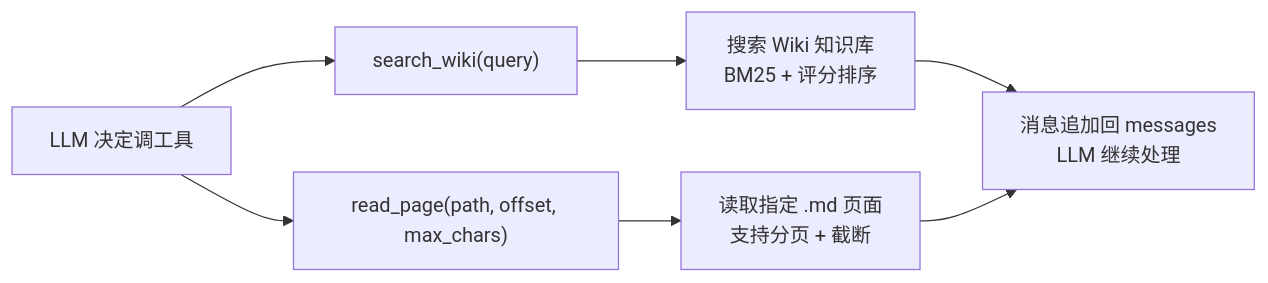
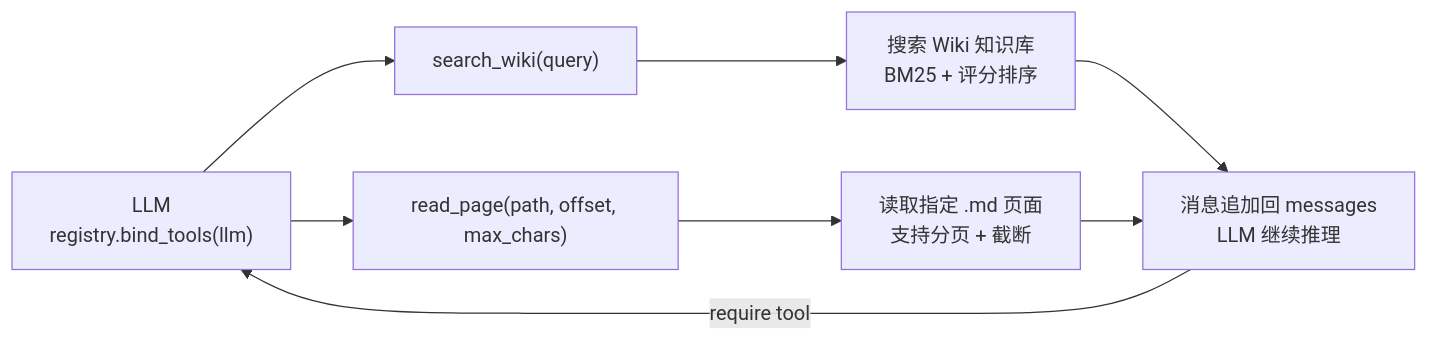
The seventh of 9 diagrams in docs/agent-architecture-diagrams.md (wuLa0702/llm_wiki_selfbuild), drawn with Mermaid before and after one commit. The commit also changed other lines of this file, not shown here.

First line of the commit message:
docs: Agent 架构图更新至 v8（intent_classifier + ToolRegistry）

````diff
--- a/docs/agent-architecture-diagrams.md
+++ b/docs/agent-architecture-diagrams.md
@@ -530,14 +624,15 @@
 ```mermaid
 flowchart LR
-    LLM["LLM 决定调工具"]
+    LLM["LLM<br/>registry.bind_tools(llm)"]
     LLM --> SEARCH["search_wiki(query)"]
     LLM --> READ["read_page(path, offset, max_chars)"]
 
     SEARCH --> SEARCH_RES["搜索 Wiki 知识库<br/>BM25 + 评分排序"]
     READ --> READ_RES["读取指定 .md 页面<br/>支持分页 + 截断"]
 
     SEARCH_RES --> AGENT
     READ_RES --> AGENT
 
-    AGENT["消息追加回 messages<br/>LLM 继续处理"]
+    AGENT["消息追加回 messages<br/>LLM 继续推理"]
+    AGENT -->|"require tool"| LLM
 ```
````
